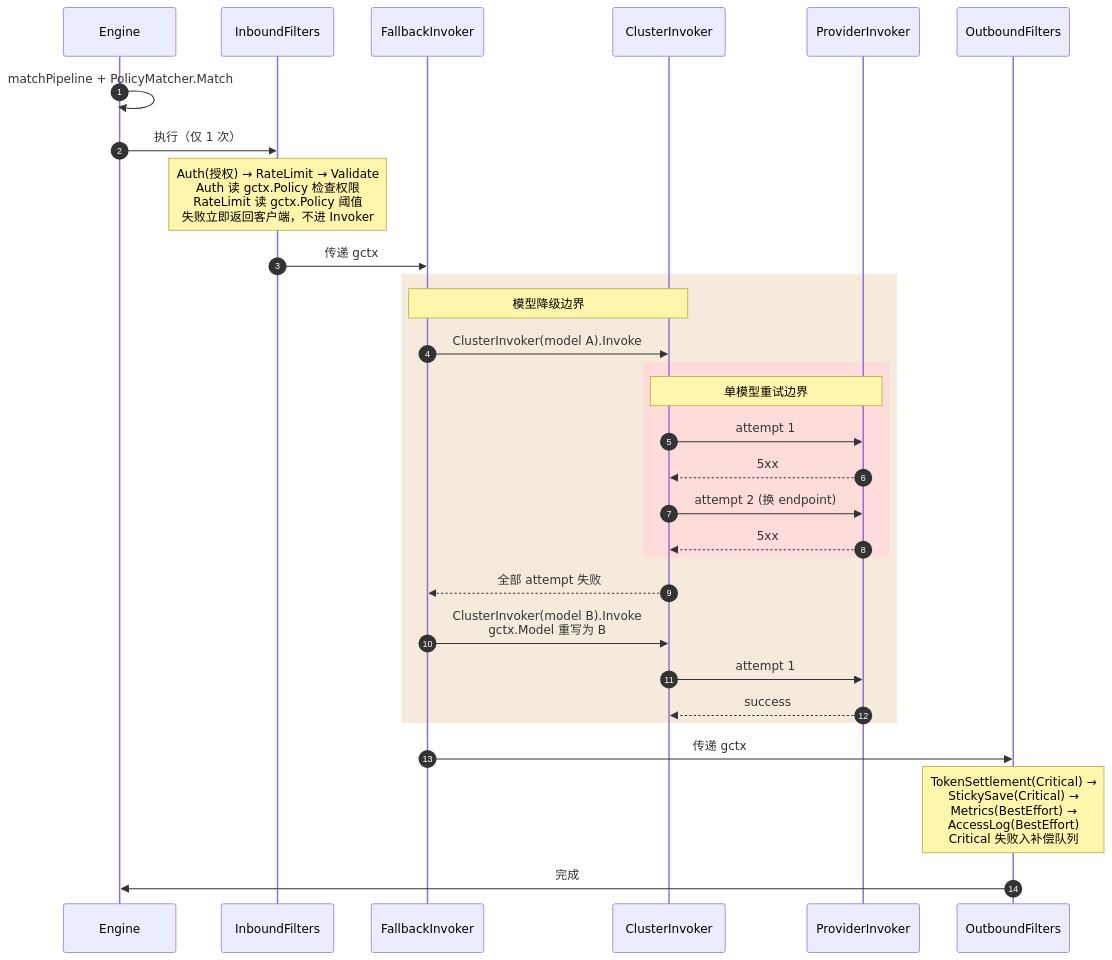
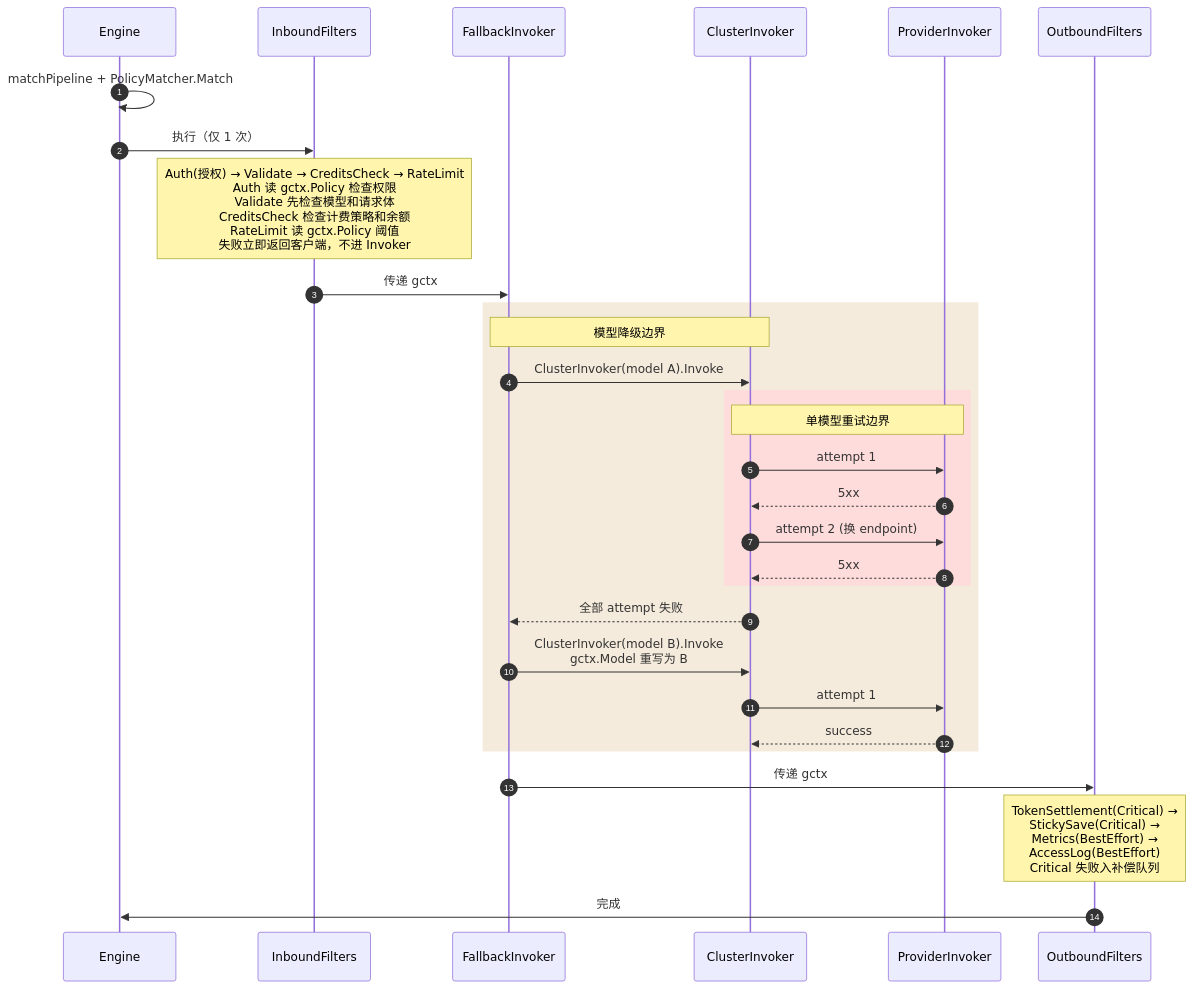
One commit to tokenlive/tokenlive-gateway changed the third of 18 diagrams in docs/architecture.md. Above: the diagram before and after it, drawn with Mermaid. The commit also changed other lines of this file and 4 other files, not shown here.

````diff
--- a/docs/architecture.md
+++ b/docs/architecture.md
@@ -332,36 +332,36 @@
 ```mermaid
 sequenceDiagram
     autonumber
     participant E as Engine
     participant IB as InboundFilters
     participant FB as FallbackInvoker
     participant CI as ClusterInvoker
     participant PI as ProviderInvoker
     participant OB as OutboundFilters
 
     E->>E: matchPipeline + PolicyMatcher.Match
     E->>IB: 执行（仅 1 次）
-    Note over IB: Auth(授权) → RateLimit → Validate<br>Auth 读 gctx.Policy 检查权限<br>RateLimit 读 gctx.Policy 阈值<br>失败立即返回客户端，不进 Invoker
+    Note over IB: Auth(授权) → Validate → CreditsCheck → RateLimit<br>Auth 读 gctx.Policy 检查权限<br>Validate 先检查模型和请求体<br>CreditsCheck 检查计费策略和余额<br>RateLimit 读 gctx.Policy 阈值<br>失败立即返回客户端，不进 Invoker
 
     IB->>FB: 传递 gctx
 
     rect rgb(245, 235, 220)
         Note over FB,CI: 模型降级边界
         FB->>CI: ClusterInvoker(model A).Invoke
         rect rgb(255, 220, 220)
             Note over CI,PI: 单模型重试边界
             CI->>PI: attempt 1
             PI-->>CI: 5xx
             CI->>PI: attempt 2 (换 endpoint)
             PI-->>CI: 5xx
         end
         CI-->>FB: 全部 attempt 失败
         FB->>CI: ClusterInvoker(model B).Invoke<br>gctx.Model 重写为 B
         CI->>PI: attempt 1
         PI-->>CI: success
     end
 
     FB->>OB: 传递 gctx
     Note over OB: TokenSettlement(Critical) →<br>StickySave(Critical) →<br>Metrics(BestEffort) →<br>AccessLog(BestEffort)<br>Critical 失败入补偿队列
     OB->>E: 完成
 ```
````
